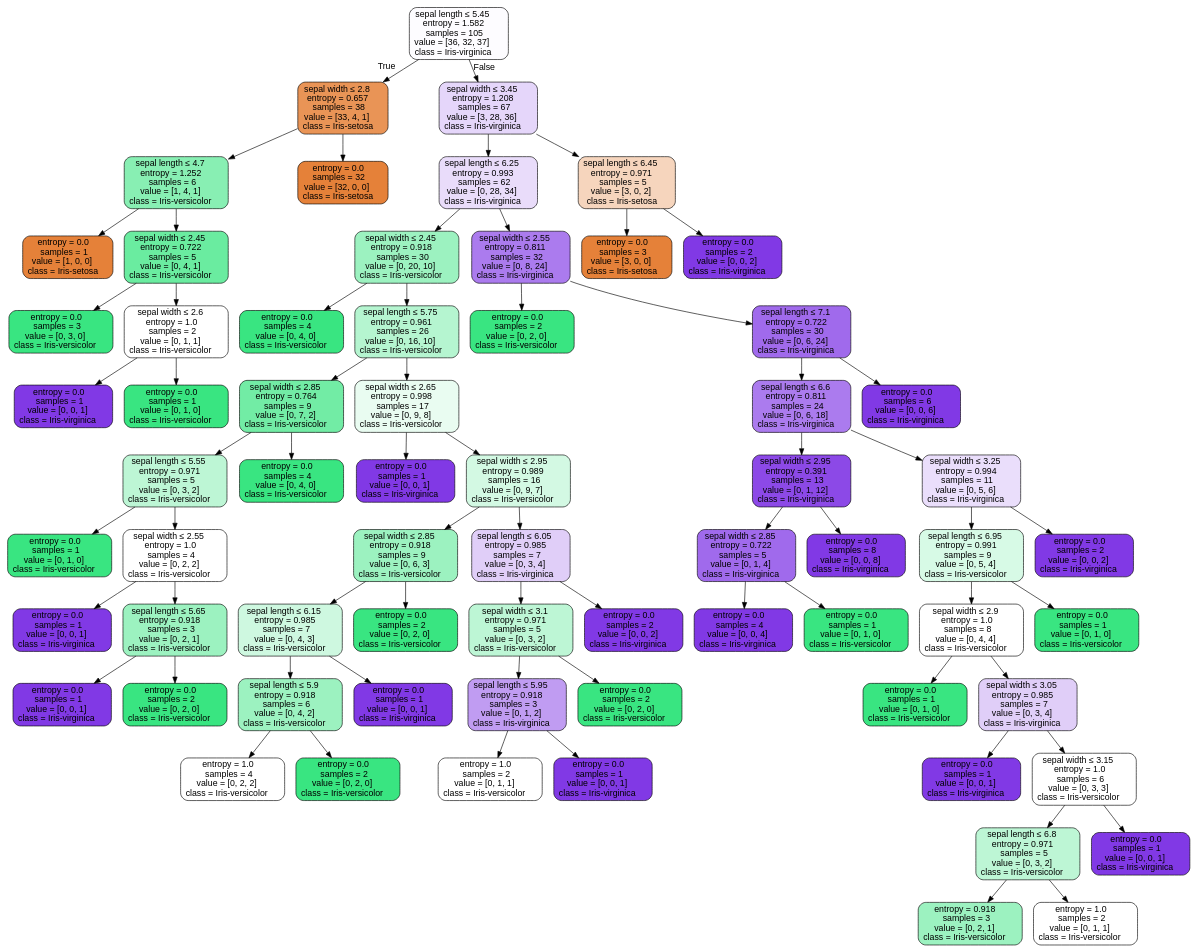
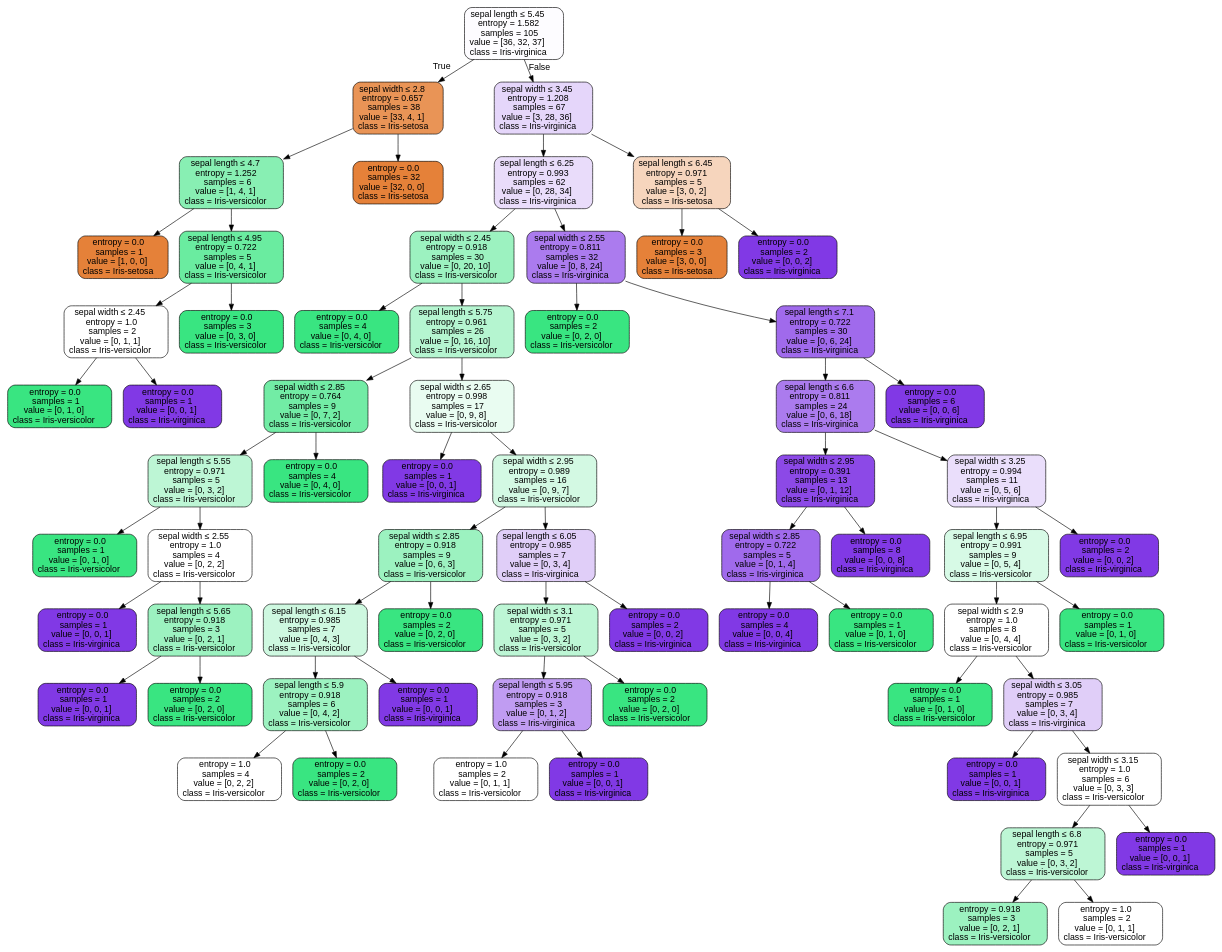
One commit to Weidows-projects/Eyes-4-Fishing changed the diagram in notebook/ML/iris_classification/iris.dot. Above: the diagram before and after it, drawn with Graphviz. The commit also changed 21 other files, not shown here.

```diff
--- a/notebook/ML/iris_classification/iris.dot
+++ b/notebook/ML/iris_classification/iris.dot
@@ -1,137 +1,137 @@
 digraph Tree {
 node [shape=box, style="filled, rounded", color="black", fontname=helvetica] ;
 edge [fontname=helvetica] ;
 0 [label=<sepal length &le; 5.45<br/>entropy = 1.582<br/>samples = 105<br/>value = [36, 32, 37]<br/>class = Iris-virginica>, fillcolor="#fdfcff"] ;
 1 [label=<sepal width &le; 2.8<br/>entropy = 0.657<br/>samples = 38<br/>value = [33, 4, 1]<br/>class = Iris-setosa>, fillcolor="#e99456"] ;
 0 -> 1 [labeldistance=2.5, labelangle=45, headlabel="True"] ;
 2 [label=<sepal length &le; 4.7<br/>entropy = 1.252<br/>samples = 6<br/>value = [1, 4, 1]<br/>class = Iris-versicolor>, fillcolor="#88efb3"] ;
 1 -> 2 ;
 3 [label=<entropy = 0.0<br/>samples = 1<br/>value = [1, 0, 0]<br/>class = Iris-setosa>, fillcolor="#e58139"] ;
 2 -> 3 ;
-4 [label=<sepal width &le; 2.45<br/>entropy = 0.722<br/>samples = 5<br/>value = [0, 4, 1]<br/>class = Iris-versicolor>, fillcolor="#6aeca0"] ;
+4 [label=<sepal length &le; 4.95<br/>entropy = 0.722<br/>samples = 5<br/>value = [0, 4, 1]<br/>class = Iris-versicolor>, fillcolor="#6aeca0"] ;
 2 -> 4 ;
-5 [label=<entropy = 0.0<br/>samples = 3<br/>value = [0, 3, 0]<br/>class = Iris-versicolor>, fillcolor="#39e581"] ;
+5 [label=<sepal width &le; 2.45<br/>entropy = 1.0<br/>samples = 2<br/>value = [0, 1, 1]<br/>class = Iris-versicolor>, fillcolor="#ffffff"] ;
 4 -> 5 ;
-6 [label=<sepal width &le; 2.6<br/>entropy = 1.0<br/>samples = 2<br/>value = [0, 1, 1]<br/>class = Iris-versicolor>, fillcolor="#ffffff"] ;
-4 -> 6 ;
+6 [label=<entropy = 0.0<br/>samples = 1<br/>value = [0, 1, 0]<br/>class = Iris-versicolor>, fillcolor="#39e581"] ;
+5 -> 6 ;
 7 [label=<entropy = 0.0<br/>samples = 1<br/>value = [0, 0, 1]<br/>class = Iris-virginica>, fillcolor="#8139e5"] ;
-6 -> 7 ;
-8 [label=<entropy = 0.0<br/>samples = 1<br/>value = [0, 1, 0]<br/>class = Iris-versicolor>, fillcolor="#39e581"] ;
-6 -> 8 ;
+5 -> 7 ;
+8 [label=<entropy = 0.0<br/>samples = 3<br/>value = [0, 3, 0]<br/>class = Iris-versicolor>, fillcolor="#39e581"] ;
+4 -> 8 ;
 9 [label=<entropy = 0.0<br/>samples = 32<br/>value = [32, 0, 0]<br/>class = Iris-setosa>, fillcolor="#e58139"] ;
 1 -> 9 ;
 10 [label=<sepal width &le; 3.45<br/>entropy = 1.208<br/>samples = 67<br/>value = [3, 28, 36]<br/>class = Iris-virginica>, fillcolor="#e5d6fa"] ;
 0 -> 10 [labeldistance=2.5, labelangle=-45, headlabel="False"] ;
 11 [label=<sepal length &le; 6.25<br/>entropy = 0.993<br/>samples = 62<br/>value = [0, 28, 34]<br/>class = Iris-virginica>, fillcolor="#e9dcfa"] ;
 10 -> 11 ;
 12 [label=<sepal width &le; 2.45<br/>entropy = 0.918<br/>samples = 30<br/>value = [0, 20, 10]<br/>class = Iris-versicolor>, fillcolor="#9cf2c0"] ;
 11 -> 12 ;
 13 [label=<entropy = 0.0<br/>samples = 4<br/>value = [0, 4, 0]<br/>class = Iris-versicolor>, fillcolor="#39e581"] ;
 12 -> 13 ;
 14 [label=<sepal length &le; 5.75<br/>entropy = 0.961<br/>samples = 26<br/>value = [0, 16, 10]<br/>class = Iris-versicolor>, fillcolor="#b5f5d0"] ;
 12 -> 14 ;
 15 [label=<sepal width &le; 2.85<br/>entropy = 0.764<br/>samples = 9<br/>value = [0, 7, 2]<br/>class = Iris-versicolor>, fillcolor="#72eca5"] ;
 14 -> 15 ;
 16 [label=<sepal length &le; 5.55<br/>entropy = 0.971<br/>samples = 5<br/>value = [0, 3, 2]<br/>class = Iris-versicolor>, fillcolor="#bdf6d5"] ;
 15 -> 16 ;
 17 [label=<entropy = 0.0<br/>samples = 1<br/>value = [0, 1, 0]<br/>class = Iris-versicolor>, fillcolor="#39e581"] ;
 16 -> 17 ;
 18 [label=<sepal width &le; 2.55<br/>entropy = 1.0<br/>samples = 4<br/>value = [0, 2, 2]<br/>class = Iris-versicolor>, fillcolor="#ffffff"] ;
 16 -> 18 ;
 19 [label=<entropy = 0.0<br/>samples = 1<br/>value = [0, 0, 1]<br/>class = Iris-virginica>, fillcolor="#8139e5"] ;
 18 -> 19 ;
 20 [label=<sepal length &le; 5.65<br/>entropy = 0.918<br/>samples = 3<br/>value = [0, 2, 1]<br/>class = Iris-versicolor>, fillcolor="#9cf2c0"] ;
 18 -> 20 ;
 21 [label=<entropy = 0.0<br/>samples = 1<br/>value = [0, 0, 1]<br/>class = Iris-virginica>, fillcolor="#8139e5"] ;
 20 -> 21 ;
 22 [label=<entropy = 0.0<br/>samples = 2<br/>value = [0, 2, 0]<br/>class = Iris-versicolor>, fillcolor="#39e581"] ;
 20 -> 22 ;
 23 [label=<entropy = 0.0<br/>samples = 4<br/>value = [0, 4, 0]<br/>class = Iris-versicolor>, fillcolor="#39e581"] ;
 15 -> 23 ;
 24 [label=<sepal width &le; 2.65<br/>entropy = 0.998<br/>samples = 17<br/>value = [0, 9, 8]<br/>class = Iris-versicolor>, fillcolor="#e9fcf1"] ;
 14 -> 24 ;
 25 [label=<entropy = 0.0<br/>samples = 1<br/>value = [0, 0, 1]<br/>class = Iris-virginica>, fillcolor="#8139e5"] ;
 24 -> 25 ;
 26 [label=<sepal width &le; 2.95<br/>entropy = 0.989<br/>samples = 16<br/>value = [0, 9, 7]<br/>class = Iris-versicolor>, fillcolor="#d3f9e3"] ;
 24 -> 26 ;
 27 [label=<sepal width &le; 2.85<br/>entropy = 0.918<br/>samples = 9<br/>value = [0, 6, 3]<br/>class = Iris-versicolor>, fillcolor="#9cf2c0"] ;
 26 -> 27 ;
 28 [label=<sepal length &le; 6.15<br/>entropy = 0.985<br/>samples = 7<br/>value = [0, 4, 3]<br/>class = Iris-versicolor>, fillcolor="#cef8e0"] ;
 27 -> 28 ;
 29 [label=<sepal length &le; 5.9<br/>entropy = 0.918<br/>samples = 6<br/>value = [0, 4, 2]<br/>class = Iris-versicolor>, fillcolor="#9cf2c0"] ;
 28 -> 29 ;
 30 [label=<entropy = 1.0<br/>samples = 4<br/>value = [0, 2, 2]<br/>class = Iris-versicolor>, fillcolor="#ffffff"] ;
 29 -> 30 ;
 31 [label=<entropy = 0.0<br/>samples = 2<br/>value = [0, 2, 0]<br/>class = Iris-versicolor>, fillcolor="#39e581"] ;
 29 -> 31 ;
 32 [label=<entropy = 0.0<br/>samples = 1<br/>value = [0, 0, 1]<br/>class = Iris-virginica>, fillcolor="#8139e5"] ;
 28 -> 32 ;
 33 [label=<entropy = 0.0<br/>samples = 2<br/>value = [0, 2, 0]<br/>class = Iris-versicolor>, fillcolor="#39e581"] ;
 27 -> 33 ;
 34 [label=<sepal length &le; 6.05<br/>entropy = 0.985<br/>samples = 7<br/>value = [0, 3, 4]<br/>class = Iris-virginica>, fillcolor="#e0cef8"] ;
 26 -> 34 ;
 35 [label=<sepal width &le; 3.1<br/>entropy = 0.971<br/>samples = 5<br/>value = [0, 3, 2]<br/>class = Iris-versicolor>, fillcolor="#bdf6d5"] ;
 34 -> 35 ;
 36 [label=<sepal length &le; 5.95<br/>entropy = 0.918<br/>samples = 3<br/>value = [0, 1, 2]<br/>class = Iris-virginica>, fillcolor="#c09cf2"] ;
 35 -> 36 ;
 37 [label=<entropy = 1.0<br/>samples = 2<br/>value = [0, 1, 1]<br/>class = Iris-versicolor>, fillcolor="#ffffff"] ;
 36 -> 37 ;
 38 [label=<entropy = 0.0<br/>samples = 1<br/>value = [0, 0, 1]<br/>class = Iris-virginica>, fillcolor="#8139e5"] ;
 36 -> 38 ;
 39 [label=<entropy = 0.0<br/>samples = 2<br/>value = [0, 2, 0]<br/>class = Iris-versicolor>, fillcolor="#39e581"] ;
 35 -> 39 ;
 40 [label=<entropy = 0.0<br/>samples = 2<br/>value = [0, 0, 2]<br/>class = Iris-virginica>, fillcolor="#8139e5"] ;
 34 -> 40 ;
 41 [label=<sepal width &le; 2.55<br/>entropy = 0.811<br/>samples = 32<br/>value = [0, 8, 24]<br/>class = Iris-virginica>, fillcolor="#ab7bee"] ;
 11 -> 41 ;
 42 [label=<entropy = 0.0<br/>samples = 2<br/>value = [0, 2, 0]<br/>class = Iris-versicolor>, fillcolor="#39e581"] ;
 41 -> 42 ;
 43 [label=<sepal length &le; 7.1<br/>entropy = 0.722<br/>samples = 30<br/>value = [0, 6, 24]<br/>class = Iris-virginica>, fillcolor="#a06aec"] ;
 41 -> 43 ;
 44 [label=<sepal length &le; 6.6<br/>entropy = 0.811<br/>samples = 24<br/>value = [0, 6, 18]<br/>class = Iris-virginica>, fillcolor="#ab7bee"] ;
 43 -> 44 ;
 45 [label=<sepal width &le; 2.95<br/>entropy = 0.391<br/>samples = 13<br/>value = [0, 1, 12]<br/>class = Iris-virginica>, fillcolor="#8c49e7"] ;
 44 -> 45 ;
 46 [label=<sepal width &le; 2.85<br/>entropy = 0.722<br/>samples = 5<br/>value = [0, 1, 4]<br/>class = Iris-virginica>, fillcolor="#a06aec"] ;
 45 -> 46 ;
 47 [label=<entropy = 0.0<br/>samples = 4<br/>value = [0, 0, 4]<br/>class = Iris-virginica>, fillcolor="#8139e5"] ;
 46 -> 47 ;
 48 [label=<entropy = 0.0<br/>samples = 1<br/>value = [0, 1, 0]<br/>class = Iris-versicolor>, fillcolor="#39e581"] ;
 46 -> 48 ;
 49 [label=<entropy = 0.0<br/>samples = 8<br/>value = [0, 0, 8]<br/>class = Iris-virginica>, fillcolor="#8139e5"] ;
 45 -> 49 ;
 50 [label=<sepal width &le; 3.25<br/>entropy = 0.994<br/>samples = 11<br/>value = [0, 5, 6]<br/>class = Iris-virginica>, fillcolor="#eadefb"] ;
 44 -> 50 ;
 51 [label=<sepal length &le; 6.95<br/>entropy = 0.991<br/>samples = 9<br/>value = [0, 5, 4]<br/>class = Iris-versicolor>, fillcolor="#d7fae6"] ;
 50 -> 51 ;
 52 [label=<sepal width &le; 2.9<br/>entropy = 1.0<br/>samples = 8<br/>value = [0, 4, 4]<br/>class = Iris-versicolor>, fillcolor="#ffffff"] ;
 51 -> 52 ;
 53 [label=<entropy = 0.0<br/>samples = 1<br/>value = [0, 1, 0]<br/>class = Iris-versicolor>, fillcolor="#39e581"] ;
 52 -> 53 ;
 54 [label=<sepal width &le; 3.05<br/>entropy = 0.985<br/>samples = 7<br/>value = [0, 3, 4]<br/>class = Iris-virginica>, fillcolor="#e0cef8"] ;
 52 -> 54 ;
 55 [label=<entropy = 0.0<br/>samples = 1<br/>value = [0, 0, 1]<br/>class = Iris-virginica>, fillcolor="#8139e5"] ;
 54 -> 55 ;
 56 [label=<sepal width &le; 3.15<br/>entropy = 1.0<br/>samples = 6<br/>value = [0, 3, 3]<br/>class = Iris-versicolor>, fillcolor="#ffffff"] ;
 54 -> 56 ;
 57 [label=<sepal length &le; 6.8<br/>entropy = 0.971<br/>samples = 5<br/>value = [0, 3, 2]<br/>class = Iris-versicolor>, fillcolor="#bdf6d5"] ;
 56 -> 57 ;
 58 [label=<entropy = 0.918<br/>samples = 3<br/>value = [0, 2, 1]<br/>class = Iris-versicolor>, fillcolor="#9cf2c0"] ;
 57 -> 58 ;
 59 [label=<entropy = 1.0<br/>samples = 2<br/>value = [0, 1, 1]<br/>class = Iris-versicolor>, fillcolor="#ffffff"] ;
 57 -> 59 ;
 60 [label=<entropy = 0.0<br/>samples = 1<br/>value = [0, 0, 1]<br/>class = Iris-virginica>, fillcolor="#8139e5"] ;
 56 -> 60 ;
 61 [label=<entropy = 0.0<br/>samples = 1<br/>value = [0, 1, 0]<br/>class = Iris-versicolor>, fillcolor="#39e581"] ;
 51 -> 61 ;
 62 [label=<entropy = 0.0<br/>samples = 2<br/>value = [0, 0, 2]<br/>class = Iris-virginica>, fillcolor="#8139e5"] ;
 50 -> 62 ;
 63 [label=<entropy = 0.0<br/>samples = 6<br/>value = [0, 0, 6]<br/>class = Iris-virginica>, fillcolor="#8139e5"] ;
 43 -> 63 ;
 64 [label=<sepal length &le; 6.45<br/>entropy = 0.971<br/>samples = 5<br/>value = [3, 0, 2]<br/>class = Iris-setosa>, fillcolor="#f6d5bd"] ;
 10 -> 64 ;
 65 [label=<entropy = 0.0<br/>samples = 3<br/>value = [3, 0, 0]<br/>class = Iris-setosa>, fillcolor="#e58139"] ;
 64 -> 65 ;
 66 [label=<entropy = 0.0<br/>samples = 2<br/>value = [0, 0, 2]<br/>class = Iris-virginica>, fillcolor="#8139e5"] ;
 64 -> 66 ;
 }
```
